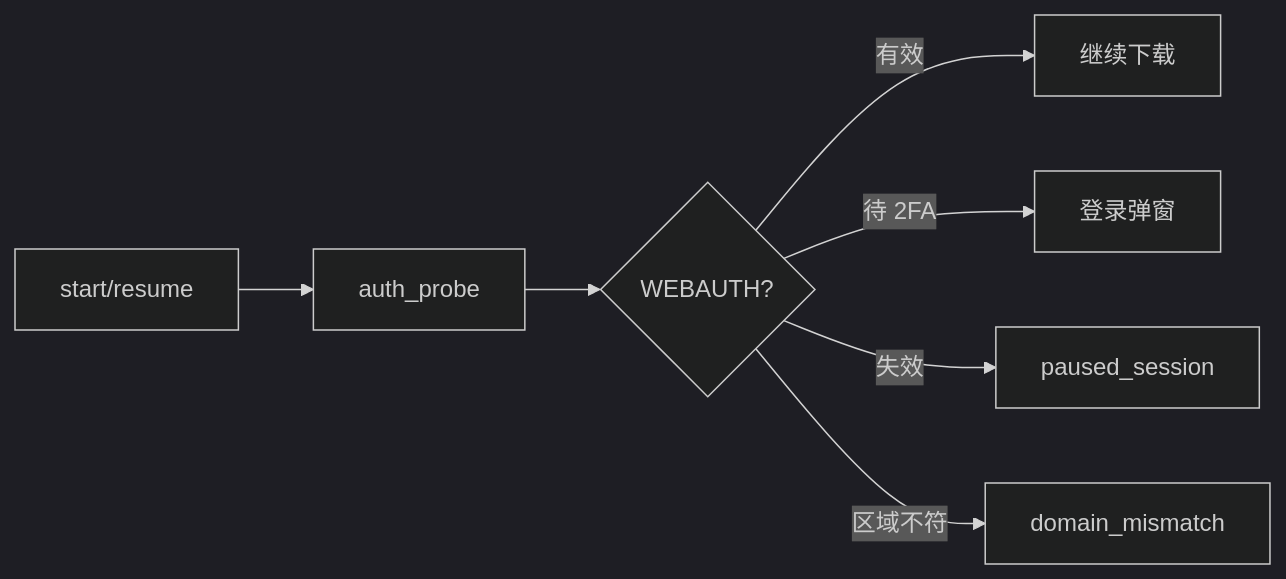
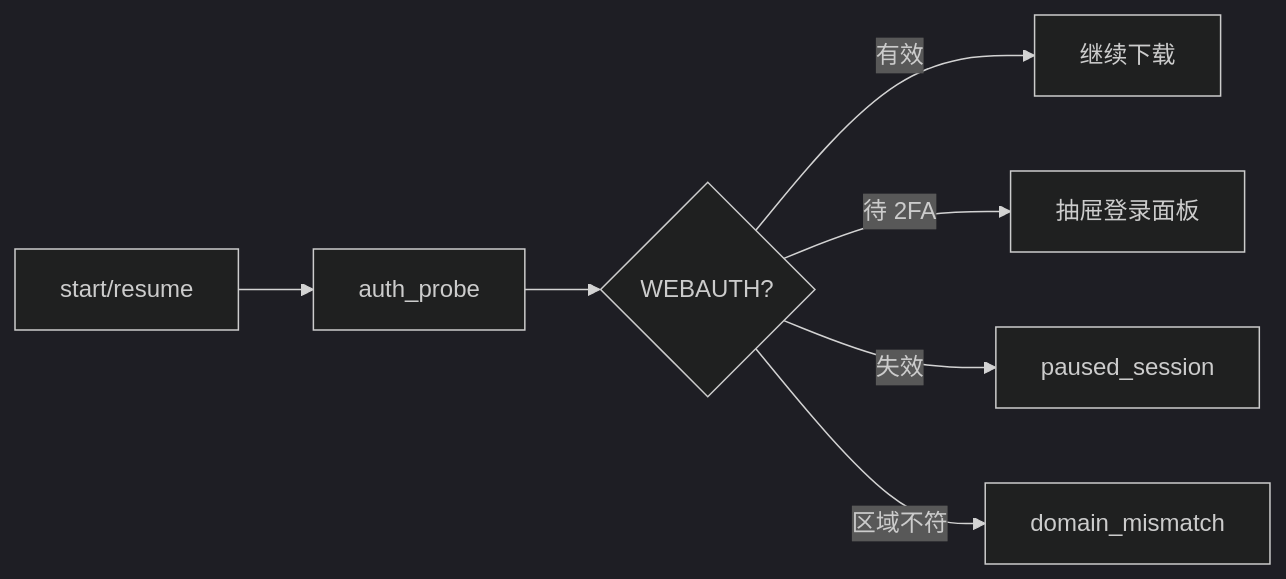
The third of 3 diagrams in apps/admin/src/views/album/loginFlow.md (cz6c/ll-admin), drawn with Mermaid (dark theme) before and after one commit. The commit also changed other lines of this file and 27 other files, not shown here.

````diff
--- a/apps/admin/src/views/album/loginFlow.md
+++ b/apps/admin/src/views/album/loginFlow.md
@@ -81,9 +82,9 @@
 ```mermaid
 flowchart LR
   A[start/resume] --> B[auth_probe]
   B --> C{WEBAUTH?}
   C -->|有效| D[继续下载]
-  C -->|待 2FA| E[登录弹窗]
+  C -->|待 2FA| E[抽屉登录面板]
   C -->|失效| F[paused_session]
   C -->|区域不符| G[domain_mismatch]
 ```
````
